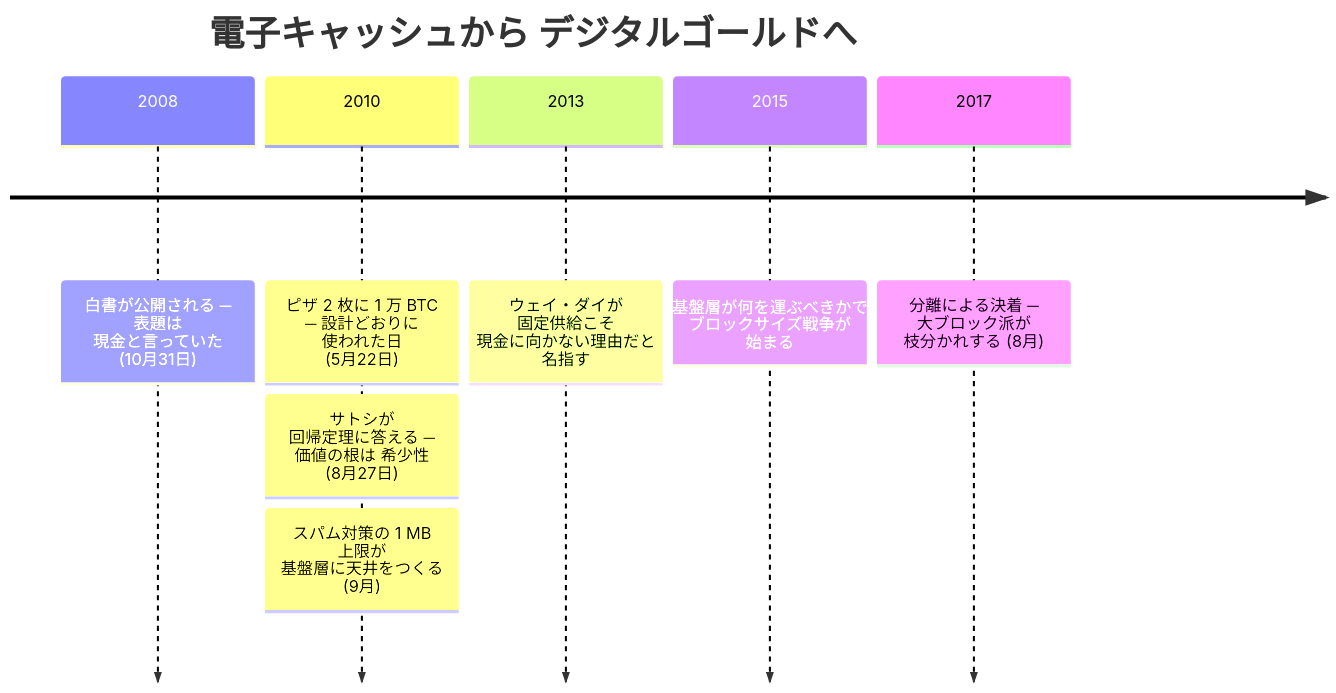
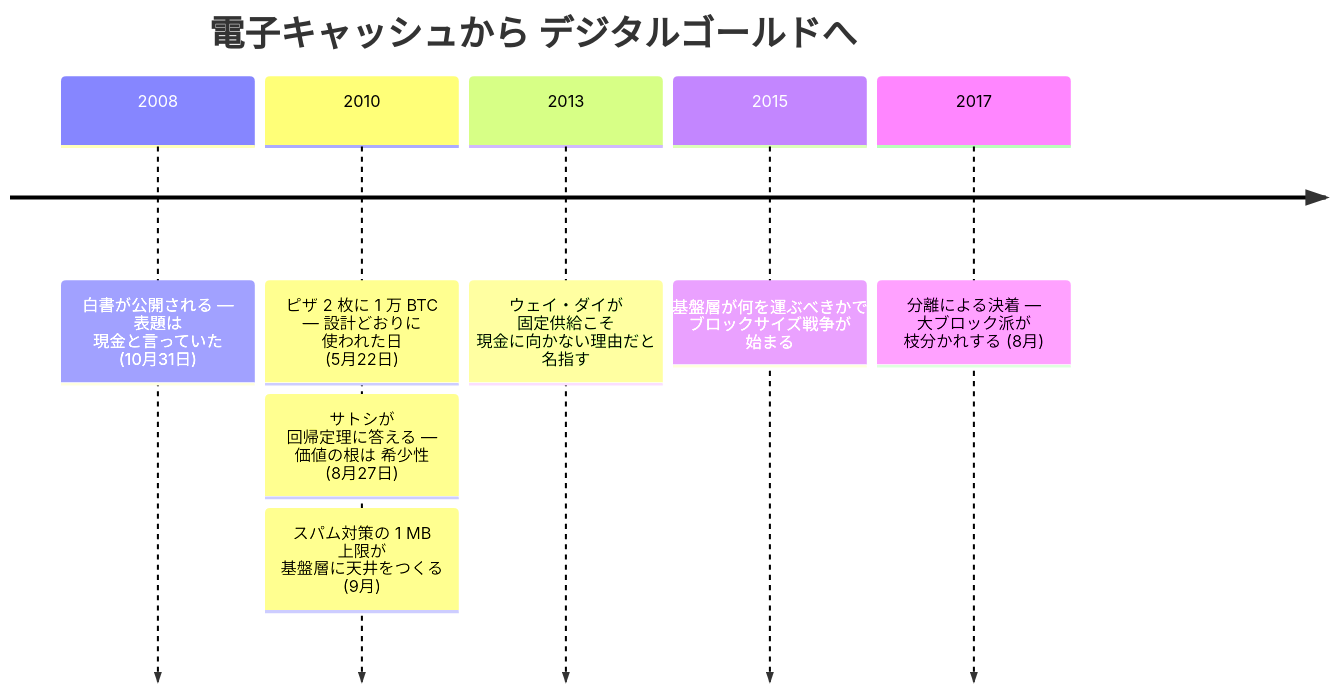
Before and after one commit to cypher256/BitcoinArchive: the diagram in src/data/translations/ja/analysis/2008-10-31-bitcoin-electronic-cash-vs-digital-gold.md, drawn with Mermaid. The commit also changed 46 other files, not shown here.

````diff
--- a/src/data/translations/ja/analysis/2008-10-31-bitcoin-electronic-cash-vs-digital-gold.md
+++ b/src/data/translations/ja/analysis/2008-10-31-bitcoin-electronic-cash-vs-digital-gold.md
@@ -92,17 +92,17 @@
 ```mermaid
 timeline
     title 電子キャッシュから デジタルゴールドへ
-    2008 : 白書が公開される ─ 表題は 現金と言っていた (10月31日)
+    2008 : 白書が公開される — 表題は 現金と言っていた (10月31日)
     %% link: /BitcoinArchive/ja/entries/emails/cryptography/2008-10-31-bitcoin-whitepaper-final/
-    2010 : ピザ 2 枚に 1 万 BTC ─ 設計どおりに 使われた日 (5月22日)
+    2010 : ピザ 2 枚に 1 万 BTC — 設計どおりに 使われた日 (5月22日)
     %% link: /BitcoinArchive/ja/entries/aftermath/2010-05-22-bitcoin-pizza-day/
-         : サトシが 回帰定理に答える ─ 価値の根は 希少性 (8月27日)
+         : サトシが 回帰定理に答える — 価値の根は 希少性 (8月27日)
     %% link: /BitcoinArchive/ja/entries/forum/bitcointalk/topic-583/2010-08-27-re-bitcoin-does-not-violate-mises-regression-theorem/
          : スパム対策の 1 MB 上限が 基盤層に天井をつくる (9月)
     2013 : ウェイ・ダイが 固定供給こそ 現金に向かない理由だと 名指す
     %% link: /BitcoinArchive/ja/entries/analysis/2008-10-31-fixed-supply-vs-adjustable-money/
     2015 : 基盤層が何を運ぶべきかで ブロックサイズ戦争が 始まる
     %% link: /BitcoinArchive/ja/entries/analysis/2015-08-15-block-size-war-2015-2017-overview/
-    2017 : 分離による決着 ─ 大ブロック派が 枝分かれする (8月)
+    2017 : 分離による決着 — 大ブロック派が 枝分かれする (8月)
     %% link: /BitcoinArchive/ja/entries/aftermath/2017-08-01-bitcoin-cash-fork/
 ```
````
